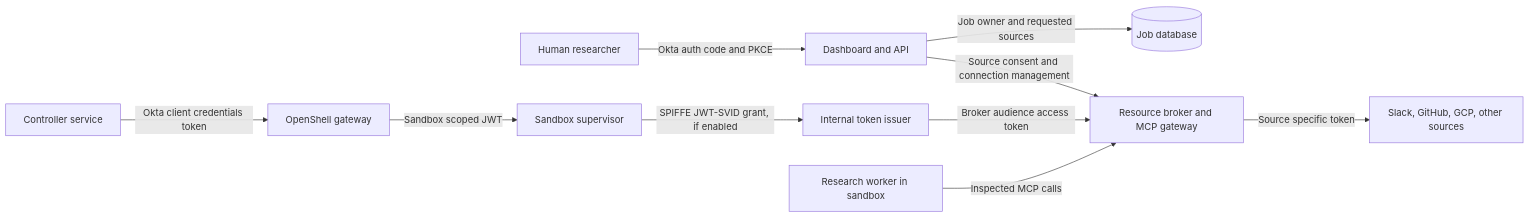
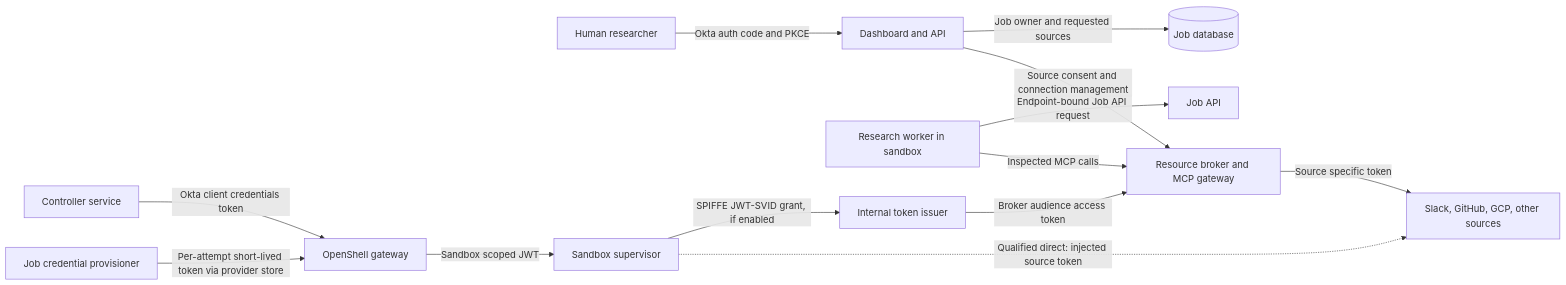
Before and after one commit to gvaibhav/openshell-deep-research-platform: the first of 6 diagrams in docs/design/identity-and-access.md, drawn with Mermaid. The commit also changed other lines of this file and 48 other files, not shown here.

````diff
--- a/docs/design/identity-and-access.md
+++ b/docs/design/identity-and-access.md
@@ -22,12 +22,15 @@
 ```mermaid
 flowchart LR
     H[Human researcher] -->|Okta auth code and PKCE| D[Dashboard and API]
     D -->|Job owner and requested sources| J[(Job database)]
     C[Controller service] -->|Okta client credentials token| G[OpenShell gateway]
     G -->|Sandbox scoped JWT| S[Sandbox supervisor]
+    P[Job credential provisioner] -->|Per-attempt short-lived token via provider store| G
+    W[Research worker in sandbox] -->|Endpoint-bound Job API request| A[Job API]
     S -->|SPIFFE JWT-SVID grant, if enabled| I[Internal token issuer]
     I -->|Broker audience access token| B[Resource broker and MCP gateway]
-    W[Research worker in sandbox] -->|Inspected MCP calls| B
+    W -->|Inspected MCP calls| B
     B -->|Source specific token| V[Slack, GitHub, GCP, other sources]
+    S -.->|Qualified direct: injected source token| V
     D -->|Source consent and connection management| B
 ```
````
